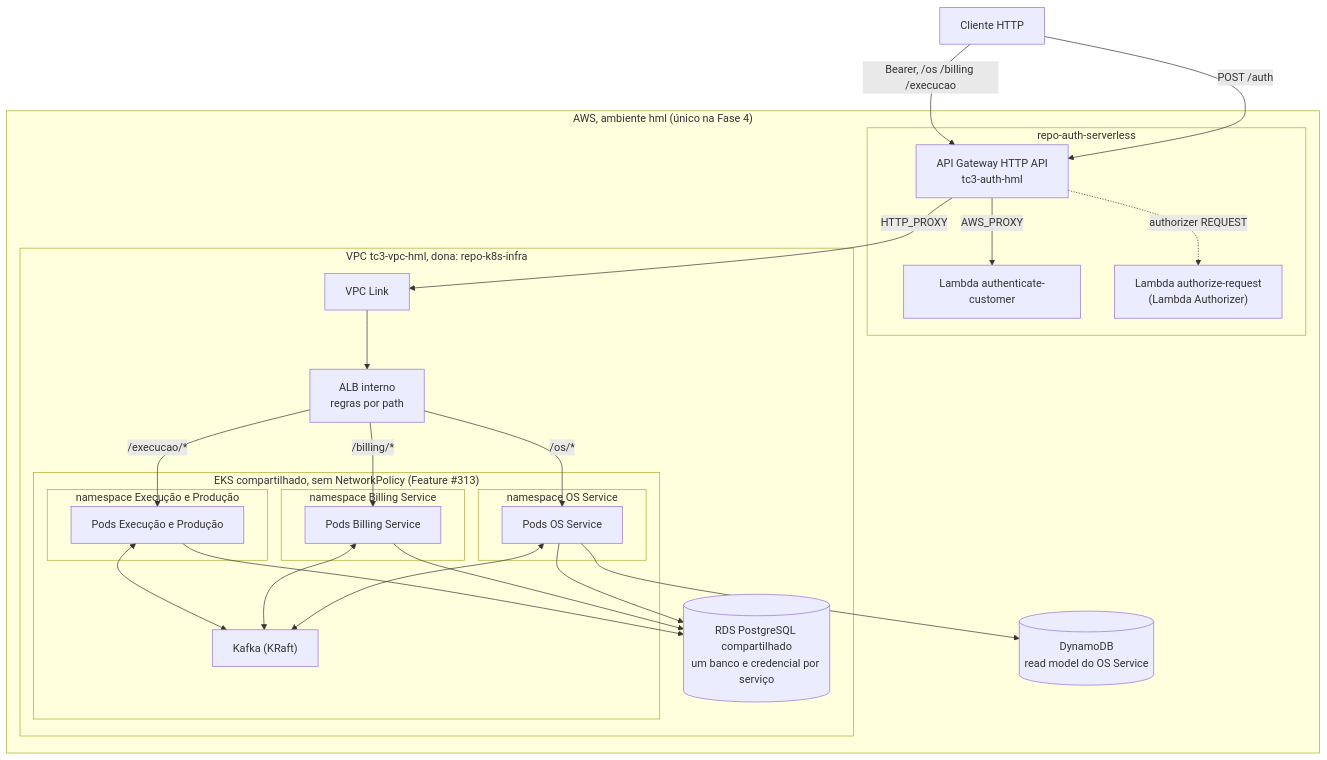
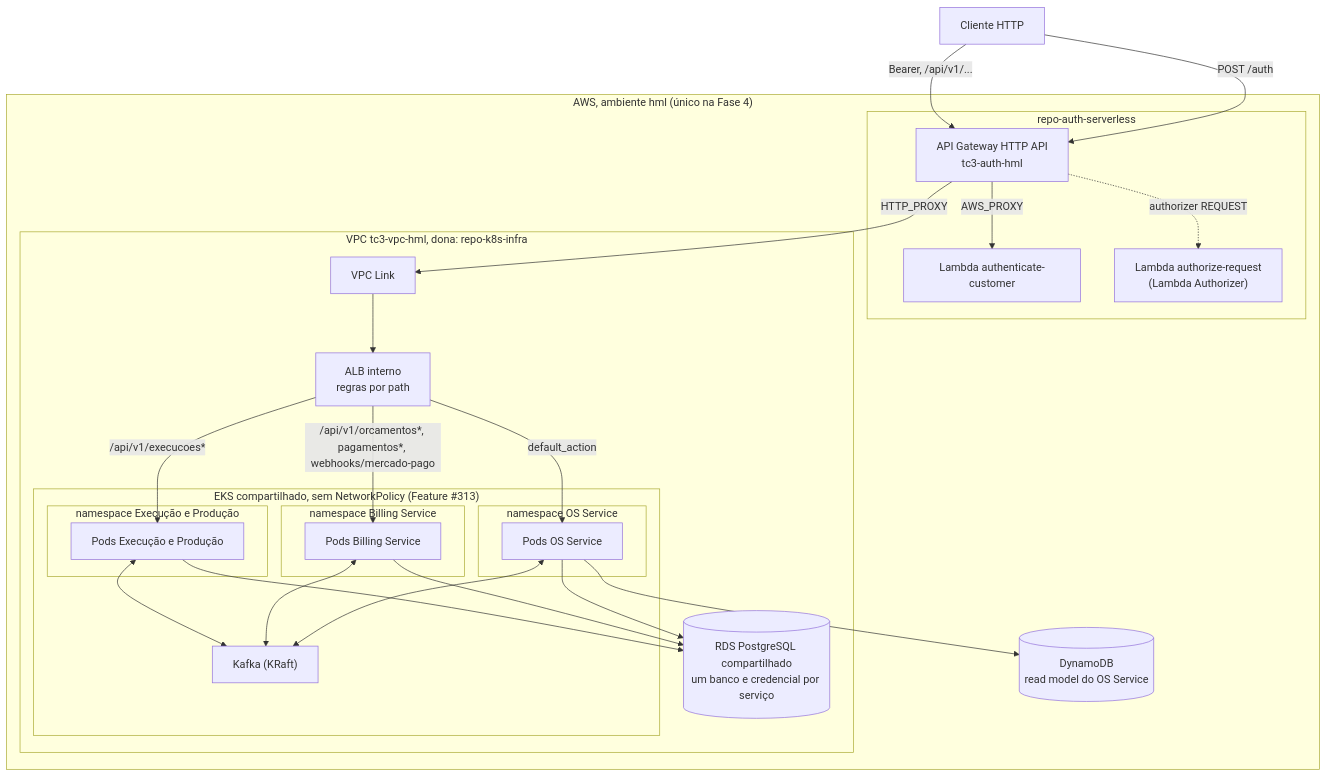
Before and after one commit to Async-And-Furious/async-furious-project: the diagram in docs/architecture/edge-topology.md, drawn with Mermaid. The commit also changed other lines of this file and 2 other files, not shown here.

````diff
--- a/docs/architecture/edge-topology.md
+++ b/docs/architecture/edge-topology.md
@@ -10,47 +21,47 @@
 ```mermaid
 flowchart TB
     client["Cliente HTTP"]
 
     subgraph AWS["AWS, ambiente hml (único na Fase 4)"]
         subgraph Edge["repo-auth-serverless"]
             apigw["API Gateway HTTP API<br/>tc3-auth-hml"]
             authFn["Lambda authenticate-customer"]
             authzFn["Lambda authorize-request<br/>(Lambda Authorizer)"]
         end
 
         subgraph VPC["VPC tc3-vpc-hml, dona: repo-k8s-infra"]
             link["VPC Link"]
             alb["ALB interno<br/>regras por path"]
             subgraph EKS["EKS compartilhado, sem NetworkPolicy (Feature #313)"]
                 subgraph nsOs["namespace OS Service"]
                     os["Pods OS Service"]
                 end
                 subgraph nsBill["namespace Billing Service"]
                     bill["Pods Billing Service"]
                 end
                 subgraph nsExec["namespace Execução e Produção"]
                     exec["Pods Execução e Produção"]
                 end
                 kafka["Kafka (KRaft)"]
             end
             rds[("RDS PostgreSQL compartilhado<br/>um banco e credencial por serviço")]
         end
         ddb[("DynamoDB<br/>read model do OS Service")]
     end
 
     client -->|"POST /auth"| apigw
     apigw -->|AWS_PROXY| authFn
-    client -->|"Bearer, /os /billing /execucao"| apigw
+    client -->|"Bearer, /api/v1/..."| apigw
     apigw -.->|authorizer REQUEST| authzFn
     apigw -->|HTTP_PROXY| link --> alb
-    alb -->|"/os/*"| os
-    alb -->|"/billing/*"| bill
-    alb -->|"/execucao/*"| exec
+    alb -->|"default_action"| os
+    alb -->|"/api/v1/orcamentos*, pagamentos*, webhooks/mercado-pago"| bill
+    alb -->|"/api/v1/execucoes*"| exec
     os --> rds
     bill --> rds
     exec --> rds
     os --> ddb
     os <--> kafka
     bill <--> kafka
     exec <--> kafka
 ```
````
